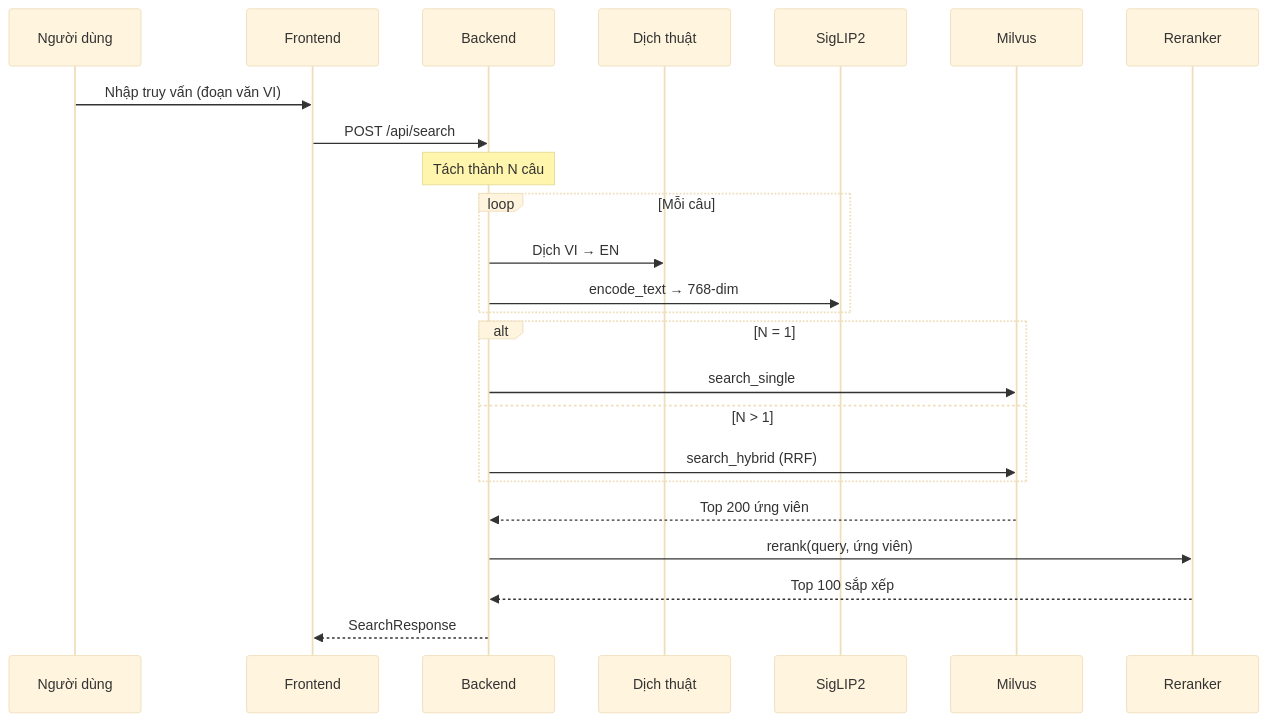
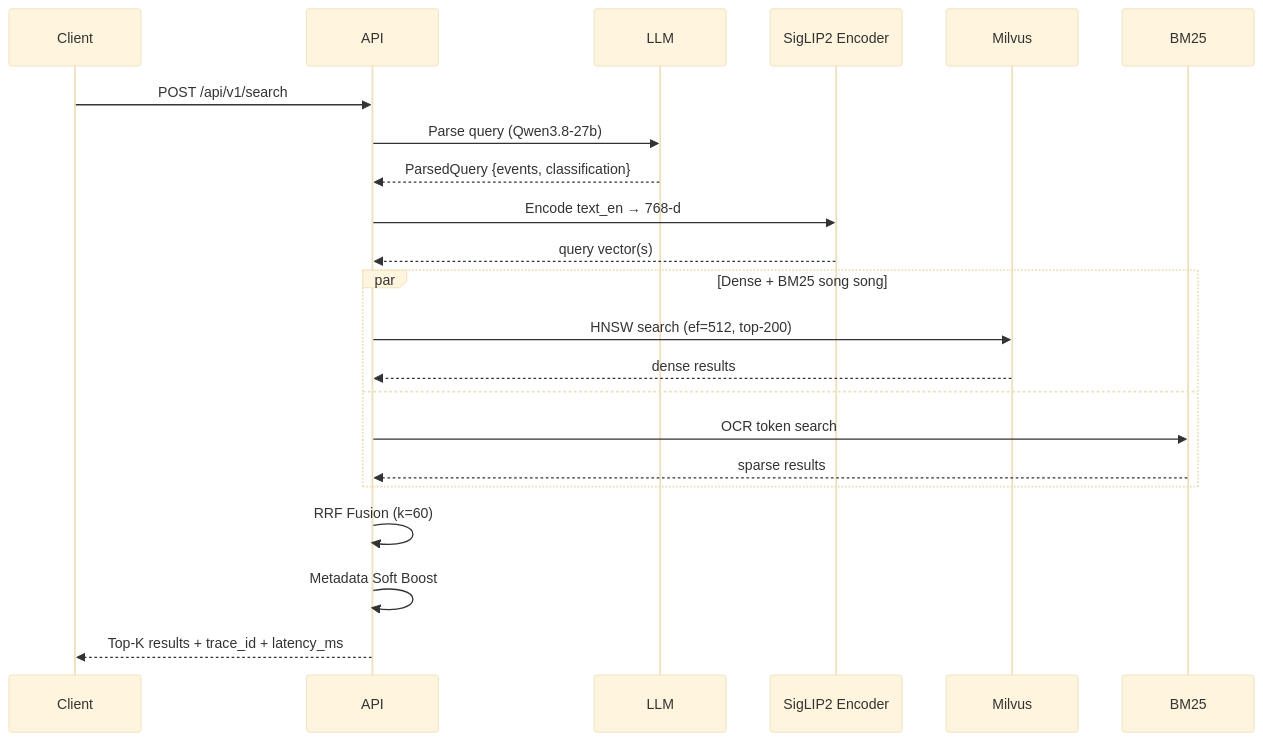
Before and after one commit to danganhdat/multimodal-rag: the fourth of 9 diagrams in docs/report.md, drawn with Mermaid (base theme). The commit also changed other lines of this file and 147 other files, not shown here.

````diff
--- a/docs/report.md
+++ b/docs/report.md
@@ -179,26 +426,27 @@
 ```mermaid
 sequenceDiagram
-    participant U as Người dùng
-    participant FE as Frontend
-    participant BE as Backend
-    participant TR as Dịch thuật
-    participant ENC as SigLIP2
-    participant MV as Milvus
-    participant RR as Reranker
-    U->>FE: Nhập truy vấn (đoạn văn VI)
-    FE->>BE: POST /api/search
-    Note over BE: Tách thành N câu
-    loop Mỗi câu
-        BE->>TR: Dịch VI → EN
-        BE->>ENC: encode_text → 768-dim
+    participant Client
+    participant API
+    participant LLM
+    participant SigLIP2 as SigLIP2 Encoder
+    participant Milvus
+    participant BM25
+
+    Client->>API: POST /api/v1/search
+    API->>LLM: Parse query (Qwen3.8-27b)
+    LLM-->>API: ParsedQuery {events, classification}
+    API->>SigLIP2: Encode text_en → 768-d
+    SigLIP2-->>API: query vector(s)
+
+    par Dense + BM25 song song
+        API->>Milvus: HNSW search (ef=512, top-200)
+        Milvus-->>API: dense results
+    and
+        API->>BM25: OCR token search
+        BM25-->>API: sparse results
     end
-    alt N = 1
-        BE->>MV: search_single
-    else N > 1
-        BE->>MV: search_hybrid (RRF)
-    end
-    MV-->>BE: Top 200 ứng viên
-    BE->>RR: rerank(query, ứng viên)
-    RR-->>BE: Top 100 sắp xếp
-    BE-->>FE: SearchResponse
+
+    API->>API: RRF Fusion (k=60)
+    API->>API: Metadata Soft Boost
+    API-->>Client: Top-K results + trace_id + latency_ms
 ```
````
